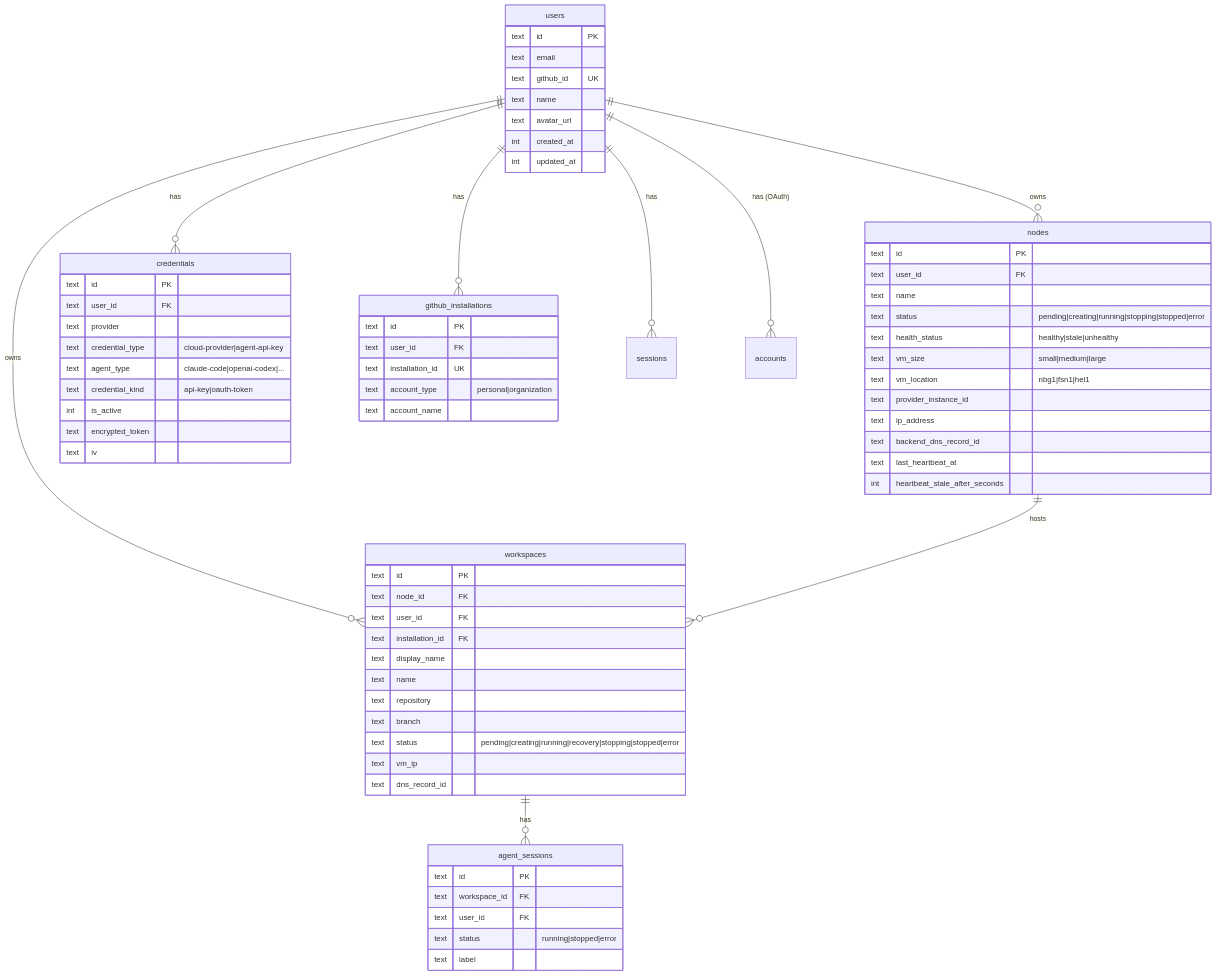
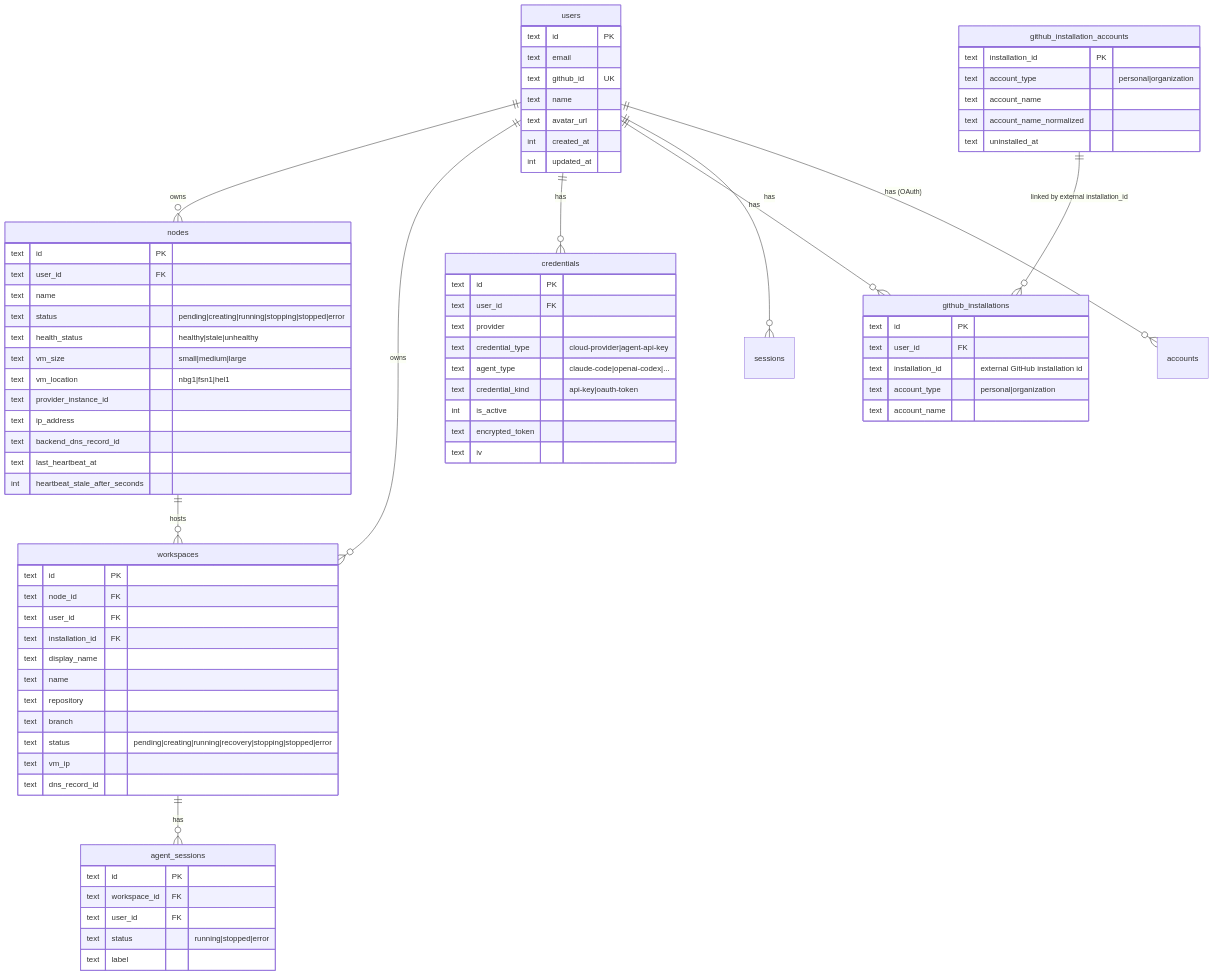
Before and after one commit to raphaeltm/simple-agent-manager: the fifth of 17 diagrams in docs/architecture/walkthrough.md, drawn with Mermaid. The commit also changed other lines of this file and 7 other files, not shown here.

Commit message:
feat: add canonical github installation accounts

```diff
--- a/docs/architecture/walkthrough.md
+++ b/docs/architecture/walkthrough.md
@@ -287,6 +287,7 @@
     users ||--o{ workspaces : "owns"
     users ||--o{ credentials : "has"
     users ||--o{ github_installations : "has"
+    github_installation_accounts ||--o{ github_installations : "linked by external installation_id"
     users ||--o{ sessions : "has"
     users ||--o{ accounts : "has (OAuth)"
     nodes ||--o{ workspaces : "hosts"
@@ -352,10 +353,18 @@
         text label
     }
 
+    github_installation_accounts {
+        text installation_id PK
+        text account_type "personal|organization"
+        text account_name
+        text account_name_normalized
+        text uninstalled_at
+    }
+
     github_installations {
         text id PK
         text user_id FK
-        text installation_id UK
+        text installation_id "external GitHub installation id"
         text account_type "personal|organization"
         text account_name
     }
```
